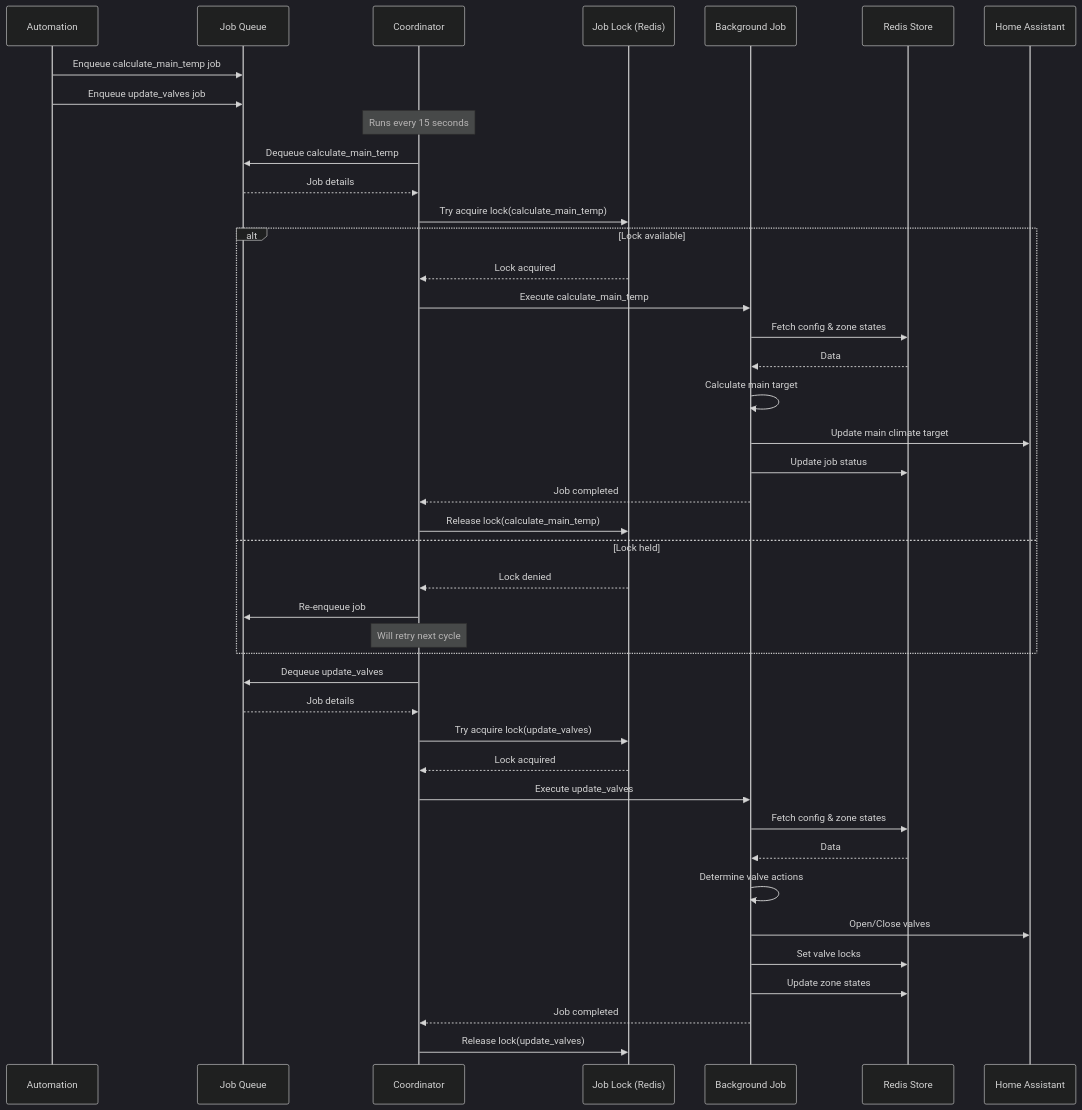
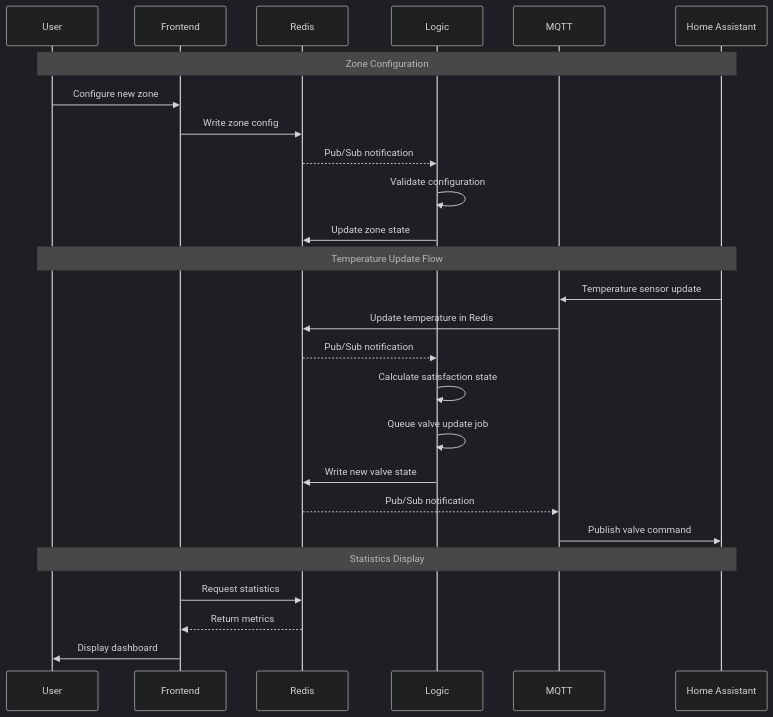
One commit to Chester929/ha_multizone_climate changed the second of 6 diagrams in DIAGRAMS.md. Above: the diagram before and after it, drawn with Mermaid (dark theme). The commit also changed other lines of this file and 26 other files, not shown here.

````diff
--- a/DIAGRAMS.md
+++ b/DIAGRAMS.md
@@ -456,51 +200,31 @@
 ```mermaid
 sequenceDiagram
-    participant Auto as Automation
-    participant Queue as Job Queue
-    participant Coord as Coordinator
-    participant Lock as Job Lock (Redis)
-    participant Job as Background Job
-    participant Redis as Redis Store
+    participant User
+    participant Frontend
+    participant Redis
+    participant Logic
+    participant MQTT
     participant HA as Home Assistant
     
-    Auto->>Queue: Enqueue calculate_main_temp job
-    Auto->>Queue: Enqueue update_valves job
+    Note over User,HA: Zone Configuration
+    User->>Frontend: Configure new zone
+    Frontend->>Redis: Write zone config
+    Redis-->>Logic: Pub/Sub notification
+    Logic->>Logic: Validate configuration
+    Logic->>Redis: Update zone state
     
-    Note over Coord: Runs every 15 seconds
+    Note over User,HA: Temperature Update Flow
+    HA->>MQTT: Temperature sensor update
+    MQTT->>Redis: Update temperature in Redis
+    Redis-->>Logic: Pub/Sub notification
+    Logic->>Logic: Calculate satisfaction state
+    Logic->>Logic: Queue valve update job
+    Logic->>Redis: Write new valve state
+    Redis-->>MQTT: Pub/Sub notification
+    MQTT->>HA: Publish valve command
     
-    Coord->>Queue: Dequeue calculate_main_temp
-    Queue-->>Coord: Job details
-    
-    Coord->>Lock: Try acquire lock(calculate_main_temp)
-    
-    alt Lock available
-        Lock-->>Coord: Lock acquired
-        Coord->>Job: Execute calculate_main_temp
-        Job->>Redis: Fetch config & zone states
-        Redis-->>Job: Data
-        Job->>Job: Calculate main target
-        Job->>HA: Update main climate target
-        Job->>Redis: Update job status
-        Job-->>Coord: Job completed
-        Coord->>Lock: Release lock(calculate_main_temp)
-    else Lock held
-        Lock-->>Coord: Lock denied
-        Coord->>Queue: Re-enqueue job
-        Note over Coord: Will retry next cycle
-    end
-    
-    Coord->>Queue: Dequeue update_valves
-    Queue-->>Coord: Job details
-    
-    Coord->>Lock: Try acquire lock(update_valves)
-    Lock-->>Coord: Lock acquired
-    Coord->>Job: Execute update_valves
-    Job->>Redis: Fetch config & zone states
-    Redis-->>Job: Data
-    Job->>Job: Determine valve actions
-    Job->>HA: Open/Close valves
-    Job->>Redis: Set valve locks
-    Job->>Redis: Update zone states
-    Job-->>Coord: Job completed
-    Coord->>Lock: Release lock(update_valves)
+    Note over User,HA: Statistics Display
+    Frontend->>Redis: Request statistics
+    Redis-->>Frontend: Return metrics
+    Frontend->>User: Display dashboard
 ```
````
